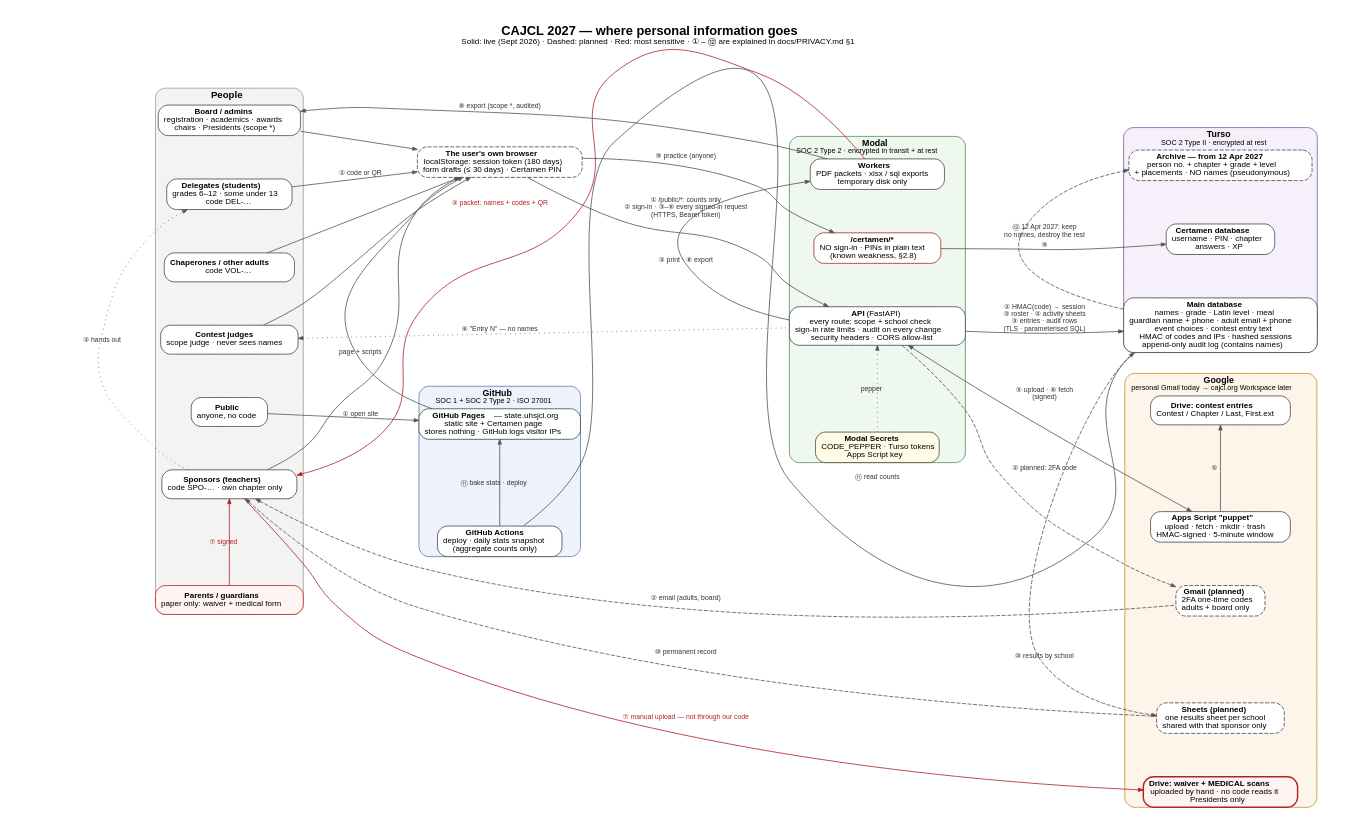
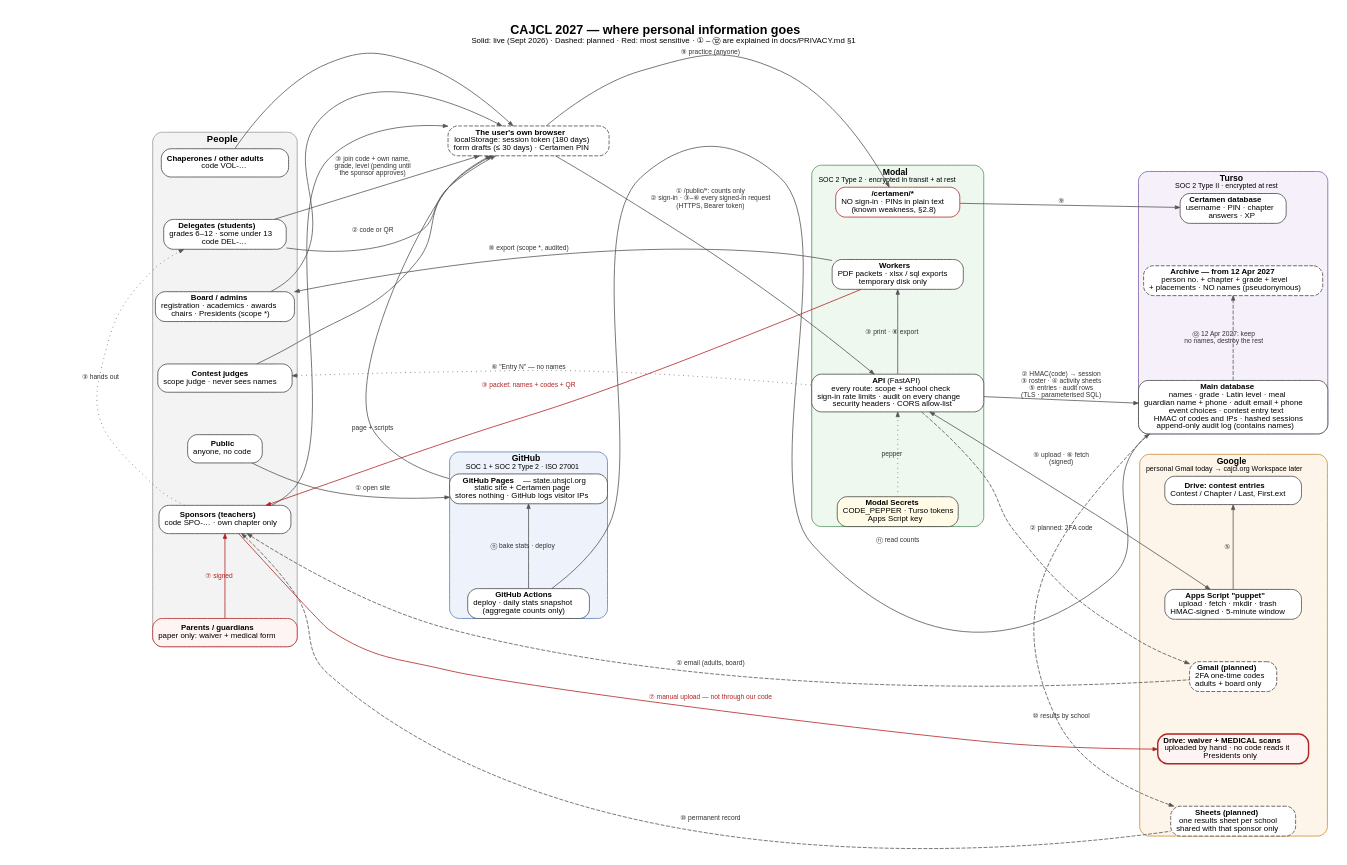
Before and after one commit to tech-ovo/CAJCL-2027: the diagram in docs/privacy/data-flow.dot, drawn with Graphviz. The commit also changed 35 other files, not shown here.

```diff
--- a/docs/privacy/data-flow.dot
+++ b/docs/privacy/data-flow.dot
@@ -1,120 +1,123 @@
 // CAJCL 2027 — data flow, one printed page (US Letter, landscape).
 // Render (from the repository root):
 //   dot -Tpdf docs/privacy/data-flow.dot -o docs/privacy/data-flow.pdf
 //   dot -Tsvg docs/privacy/data-flow.dot -o docs/privacy/data-flow.svg
 // Solid = live today. Dashed = planned. Red = the most sensitive data.
 // Circled numbers match the flow list in docs/PRIVACY.md §1.
 
 digraph cajcl_data_flow {
   graph [
     label=<<b>CAJCL 2027 — where personal information goes</b><br/><font point-size="10">Solid: live (Sept 2026) · Dashed: planned · Red: most sensitive · ① – ⑫ are explained in docs/PRIVACY.md §1</font>>,
     labelloc=t, fontname="Helvetica", fontsize=16,
     rankdir=LR, newrank=true, splines=spline, nodesep=0.75, ranksep=1.1,
     size="10.5,8", ratio=compress, margin=0, pad=0.15
   ];
   node [fontname="Helvetica", fontsize=10, shape=box, style="rounded,filled", fillcolor="#ffffff", color="#444444", margin="0.1,0.05"];
   edge [fontname="Helvetica", fontsize=8.5, color="#555555", fontcolor="#333333", arrowsize=0.6];
 
   // ============================================================ column 1: people
   subgraph cluster_people {
     label=<<b>People</b>>; style="rounded,filled"; fillcolor="#f3f3f3"; color="#999999"; fontsize=12;
     public   [label=<<b>Public</b><br/>anyone, no code>];
     delegate [label=<<b>Delegates (students)</b><br/>grades 6–12 · some under 13<br/>code DEL-…>];
     sponsor  [label=<<b>Sponsors (teachers)</b><br/>code SPO-… · own chapter only>];
     adult    [label=<<b>Chaperones / other adults</b><br/>code VOL-…>];
     board    [label=<<b>Board / admins</b><br/>registration · academics · awards<br/>chairs · Presidents (scope *)>];
     judge    [label=<<b>Contest judges</b><br/>scope judge · never sees names>];
     parent   [label=<<b>Parents / guardians</b><br/>paper only: waiver + medical form>, fillcolor="#fff4f4", color="#b22222"];
   }
 
   // ============================================================ column 2: delivery
   subgraph cluster_github {
     label=<<b>GitHub</b><br/><font point-size="9">SOC 1 + SOC 2 Type 2 · ISO 27001</font>>; style="rounded,filled"; fillcolor="#eef3fb"; color="#5b7bb5"; fontsize=11;
     pages   [label=<<b>GitHub Pages</b> — state.uhsjcl.org<br/>static site + Certamen page<br/>stores nothing · GitHub logs visitor IPs>];
     actions [label=<<b>GitHub Actions</b><br/>deploy · daily stats snapshot<br/>(aggregate counts only)>];
   }
   browser [label=<<b>The user's own browser</b><br/>localStorage: session token (180 days)<br/>form drafts (≤ 30 days) · Certamen PIN>, style="rounded,dashed"];
 
   // ============================================================ column 3: Modal
   subgraph cluster_modal {
     label=<<b>Modal</b><br/><font point-size="9">SOC 2 Type 2 · encrypted in transit + at rest</font>>; style="rounded,filled"; fillcolor="#eef8ef"; color="#4f8f5a"; fontsize=11;
     api     [label=<<b>API</b> (FastAPI)<br/>every route: scope + school check<br/>sign-in rate limits · audit on every change<br/>security headers · CORS allow-list>];
     secrets [label=<<b>Modal Secrets</b><br/>CODE_PEPPER · Turso tokens<br/>Apps Script key>, fillcolor="#fffbe6"];
     workers [label=<<b>Workers</b><br/>PDF packets · xlsx / sql exports<br/>temporary disk only>];
     certapi [label=<<b>/certamen/*</b><br/>NO sign-in · PINs in plain text<br/>(known weakness, §2.8)>, color="#b22222"];
   }
 
   // ============================================================ column 4: storage
   subgraph cluster_turso {
     label=<<b>Turso</b><br/><font point-size="9">SOC 2 Type II · encrypted at rest</font>>; style="rounded,filled"; fillcolor="#f6f0fb"; color="#7d5ba6"; fontsize=11;
     maindb  [label=<<b>Main database</b><br/>names · grade · Latin level · meal<br/>guardian name + phone · adult email + phone<br/>event choices · contest entry text<br/>HMAC of codes and IPs · hashed sessions<br/>append-only audit log (contains names)>];
     archive [label=<<b>Archive — from 12 Apr 2027</b><br/>person no. + chapter + grade + level<br/>+ placements · NO names (pseudonymous)>, style="rounded,dashed,filled"];
     certdb  [label=<<b>Certamen database</b><br/>username · PIN · chapter<br/>answers · XP>];
   }
 
   subgraph cluster_google {
     label=<<b>Google</b><br/><font point-size="9">personal Gmail today → cajcl.org Workspace later</font>>; style="rounded,filled"; fillcolor="#fdf5ea"; color="#c98a2e"; fontsize=11;
     gas    [label=<<b>Apps Script "puppet"</b><br/>upload · fetch · mkdir · trash<br/>HMAC-signed · 5-minute window>];
     drive  [label=<<b>Drive: contest entries</b><br/>Contest / Chapter / Last, First.ext>];
     scans  [label=<<b>Drive: waiver + MEDICAL scans</b><br/>uploaded by hand · no code reads it<br/>Presidents only>, fillcolor="#fff4f4", color="#b22222", penwidth=1.8];
     mail   [label=<<b>Gmail (planned)</b><br/>2FA one-time codes<br/>adults + board only>, style="rounded,dashed,filled"];
     sheets [label=<<b>Sheets (planned)</b><br/>one results sheet per school<br/>shared with that sponsor only>, style="rounded,dashed,filled"];
   }
 
   // ============================================================ layout skeleton (invisible)
   // Four columns: people | browser + GitHub | Modal | Turso + Google.
   public -> pages [style=invis];
   pages -> api [style=invis];
   api -> maindb [style=invis];
   gas -> drive -> scans [style=invis];
   mail -> sheets [style=invis];
   actions -> browser [style=invis];
   { rank=same; pages; actions; browser; }
   { rank=same; api; workers; certapi; secrets; }
   { rank=same; maindb; archive; certdb; gas; drive; scans; mail; sheets; }
 
   // ============================================================ flows
   // ① browsing the public site
   public   -> pages   [label="① open site"];
   pages    -> browser [label="page + scripts"];
   browser  -> api     [label="① /public/*: counts only\n② sign-in · ③–⑥ every signed-in request\n(HTTPS, Bearer token)"];
 
   // ② sign-in (everyone with a code)
   delegate -> browser [label="② code or QR"];
   sponsor  -> browser;
   adult    -> browser;
   board    -> browser;
   judge    -> browser;
   secrets  -> api     [label="pepper", style=dotted];
   api      -> maindb  [label="② HMAC(code) → session\n③ roster · ④ activity sheets\n⑤ entries · audit rows\n(TLS · parameterised SQL)"];
   api      -> mail    [label="② planned: 2FA code", style=dashed];
   sponsor  -> mail    [label="② email (adults, board)", style=dashed, dir=back];
 
+  // ③ join code: a student registers themselves into a chapter, pending
+  delegate -> browser [label="③ join code + own name,\ngrade, level (pending until\nthe sponsor approves)", constraint=false];
+
   // ③ roster and printed packet
   api      -> workers [label="③ print · ⑧ export"];
   sponsor  -> workers [label="③ packet: names + codes + QR", color="#b22222", fontcolor="#b22222", dir=back];
   sponsor  -> delegate [label="③ hands out", style=dotted, constraint=false];
   board    -> workers [label="⑧ export (scope *, audited)", dir=back];
 
   // ⑤ ⑥ contests
   api      -> gas     [label="⑤ upload · ⑥ fetch\n(signed)", dir=both];
   gas      -> drive   [label="⑤"];
   judge    -> api     [label="⑥ \"Entry N\" — no names", style=dotted, dir=back];
 
   // ⑦ paper forms (outside the code)
   parent   -> sponsor [label="⑦ signed", color="#b22222", fontcolor="#b22222", constraint=false];
   sponsor  -> scans   [label="⑦ manual upload — not through our code", color="#b22222", fontcolor="#b22222"];
 
   // ⑨ Certamen practice
   browser  -> certapi [label="⑨ practice (anyone)"];
   certapi  -> certdb  [label="⑨"];
 
   // ⑩ ⑫ end of year
   maindb   -> sheets  [label="⑩ results by school", style=dashed];
   sponsor  -> sheets  [label="⑩ permanent record", style=dashed, dir=back];
   maindb   -> archive [label="⑫ 12 Apr 2027: keep\nno names, destroy the rest", style=dashed];
 
   // ⑪ build
   actions  -> maindb  [label="⑪ read counts", constraint=false];
   actions  -> pages   [label="⑪ bake stats · deploy"];
 }
```
